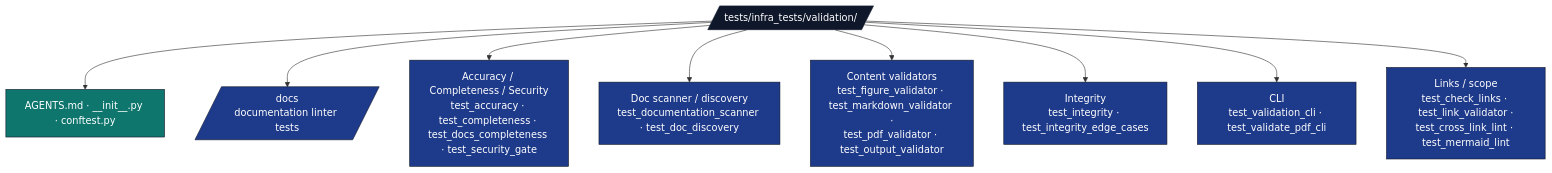
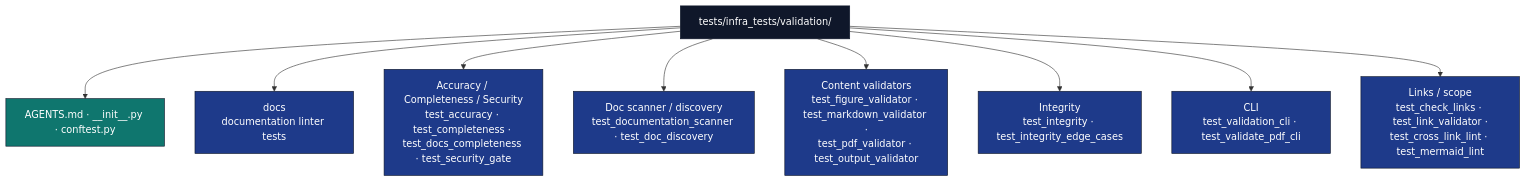
One commit to docxology/template changed the diagram in tests/infra_tests/validation/AGENTS.md. Above: the diagram before and after it, drawn with Mermaid. The commit also changed 94 other files, not shown here.

````diff
--- a/tests/infra_tests/validation/AGENTS.md
+++ b/tests/infra_tests/validation/AGENTS.md
@@ -9,19 +9,19 @@
 ```mermaid
 flowchart TB
-    T[/tests/infra_tests/validation//]
+    T[tests/infra_tests/validation/]
     T --> META[AGENTS.md · __init__.py · conftest.py]
-    T --> DOCS_DIR[/docs<br/>documentation linter tests/]
+    T --> DOCS_DIR[docs<br/>documentation linter tests]
     T --> CFG[Accuracy / Completeness / Security<br/>test_accuracy · test_completeness · test_docs_completeness · test_security_gate]
     T --> DOC[Doc scanner / discovery<br/>test_documentation_scanner · test_doc_discovery]
     T --> CONTENT[Content validators<br/>test_figure_validator · test_markdown_validator ·<br/>test_pdf_validator · test_output_validator]
     T --> INT[Integrity<br/>test_integrity · test_integrity_edge_cases]
     T --> CLI[CLI<br/>test_validation_cli · test_validate_pdf_cli]
     T --> INTEG[Links / scope<br/>test_check_links · test_link_validator ·<br/>test_cross_link_lint · test_mermaid_lint]
 
     classDef d fill:#0f172a,stroke:#0f172a,color:#fff
     classDef cat fill:#1e3a8a,stroke:#0f172a,color:#fff
     classDef doc fill:#0f766e,stroke:#0f172a,color:#fff
     class T d
     class CFG,DOC,CONTENT,INT,CLI,INTEG,DOCS_DIR cat
     class META doc
 ```
````
